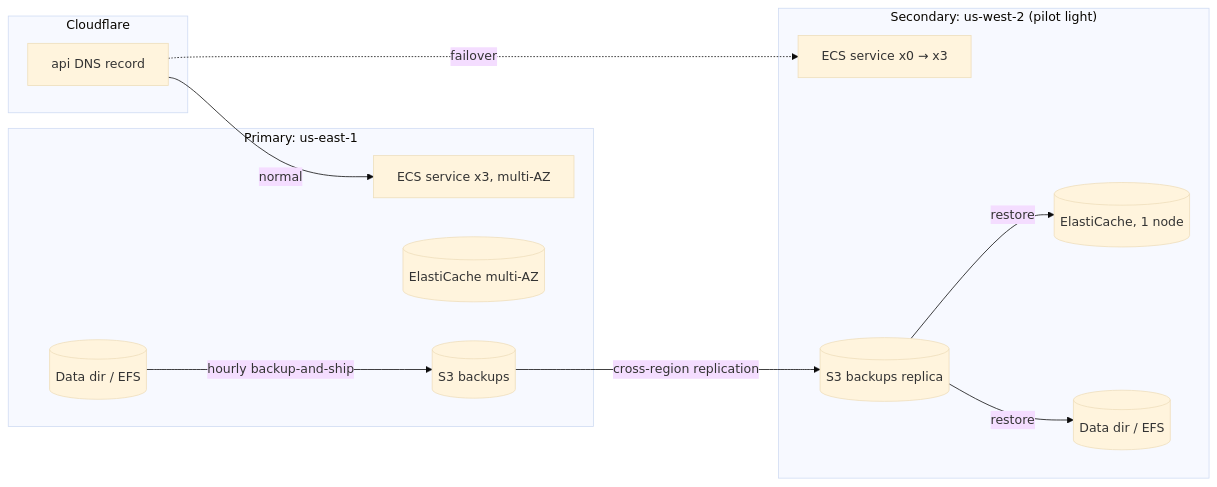
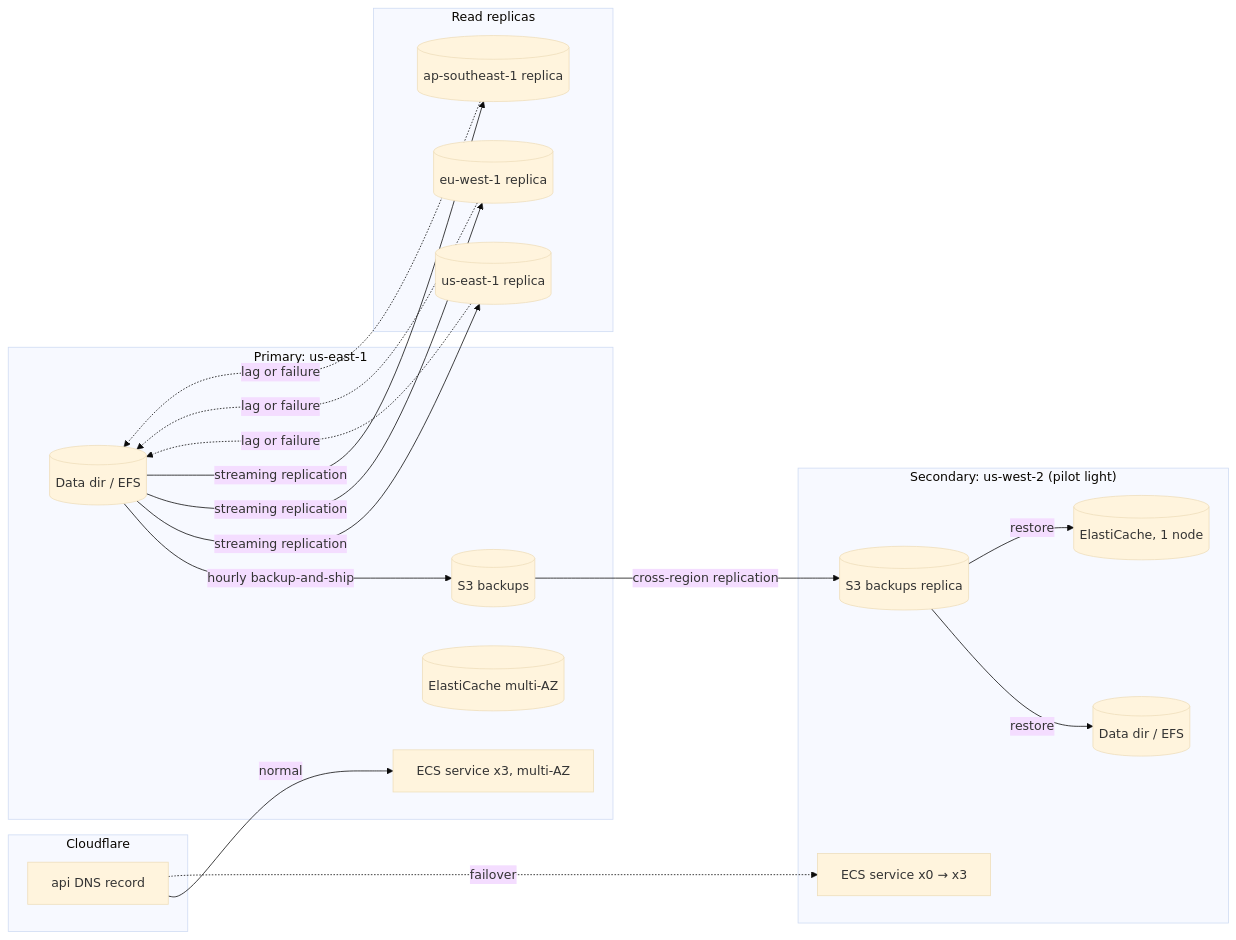
The diagram in infrastructure/dr/README.md (10xwhoman/Soroban-Identity), drawn with Mermaid (base theme) before and after one commit. The commit also changed other lines of this file and 40 other files, not shown here.

````diff
--- a/infrastructure/dr/README.md
+++ b/infrastructure/dr/README.md
@@ -42,24 +44,35 @@
 ```mermaid
 flowchart LR
   subgraph CF[Cloudflare]
     DNS[api DNS record]
   end
   subgraph P["Primary: us-east-1"]
     ECSP[ECS service x3, multi-AZ]
     RP[(ElastiCache multi-AZ)]
     DP[(Data dir / EFS)]
     S3P[(S3 backups)]
   end
   subgraph S["Secondary: us-west-2 (pilot light)"]
     ECSS[ECS service x0 → x3]
     RS[(ElastiCache, 1 node)]
     DS[(Data dir / EFS)]
     S3S[(S3 backups replica)]
   end
+  subgraph R["Read replicas"]
+    RUS[(us-east-1 replica)]
+    REU[(eu-west-1 replica)]
+    RAS[(ap-southeast-1 replica)]
+  end
   DNS -->|normal| ECSP
   DNS -.->|failover| ECSS
   DP -- hourly backup-and-ship --> S3P
   S3P -- cross-region replication --> S3S
   S3S -- restore --> DS
   S3S -- restore --> RS
+  DP -- streaming replication --> RUS
+  DP -- streaming replication --> REU
+  DP -- streaming replication --> RAS
+  RUS -.->|lag or failure| DP
+  REU -.->|lag or failure| DP
+  RAS -.->|lag or failure| DP
 ```
````
